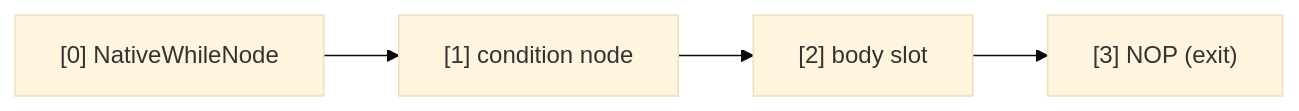
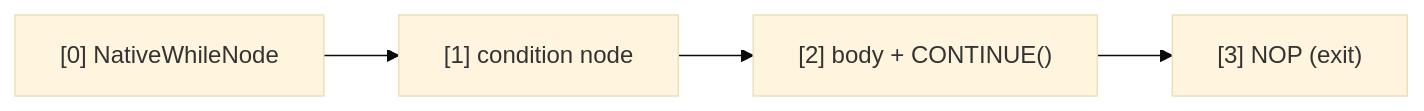
The third of 4 diagrams in docs/guide/advanced/built-in_instruction_set/native_instructions.md (AmritaBot/AmritaSense), drawn with Mermaid (base theme) before and after one commit. The commit also changed other lines of this file and 102 other files, not shown here.

````diff
--- a/docs/guide/advanced/built-in_instruction_set/native_instructions.md
+++ b/docs/guide/advanced/built-in_instruction_set/native_instructions.md
@@ -122,8 +126,8 @@
 ```mermaid
 graph LR
     while["[0] NativeWhileNode"]
     cond["[1] condition node"]
-    body["[2] body slot"]
+    body["[2] body + CONTINUE()"]
     nop["[3] NOP (exit)"]
     while --> cond --> body --> nop
 ```
````
